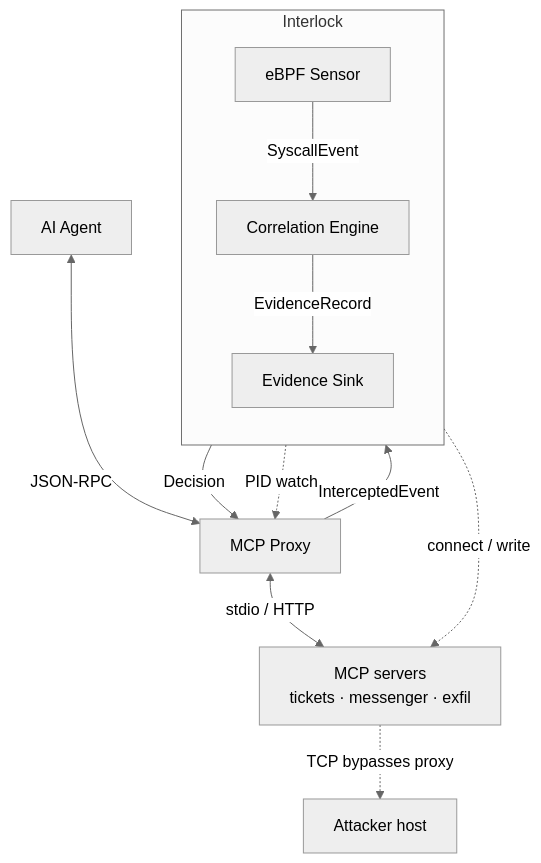
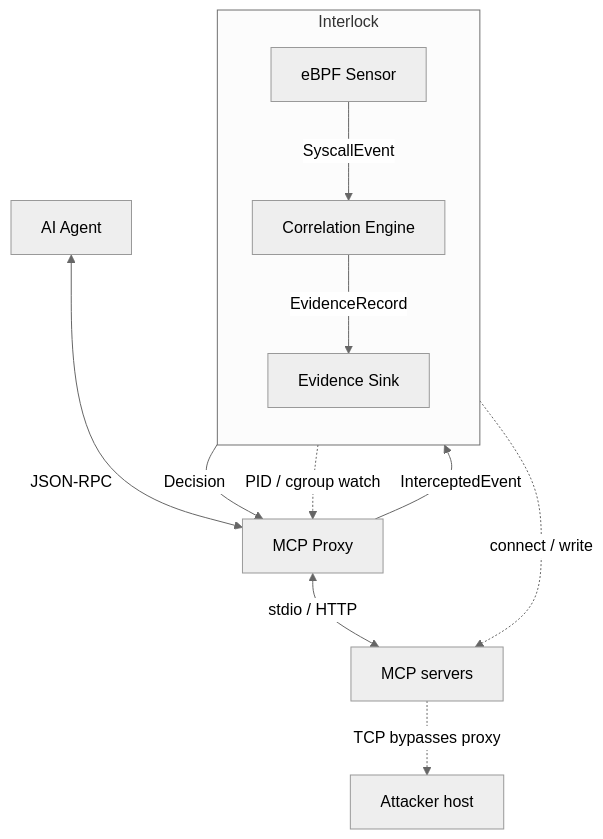
The diagram in README.md (yxshwanth/Interlock), drawn with Mermaid (neutral theme) before and after one commit. The commit also changed other lines of this file and 6 other files, not shown here.

````diff
--- a/README.md
+++ b/README.md
@@ -41,25 +60,25 @@
 ```mermaid
 flowchart TB
     Agent[AI Agent]
     Proxy[MCP Proxy]
-    Servers["MCP servers<br/>tickets · messenger · exfil"]
+    Servers["MCP servers"]
 
     subgraph tcb [Interlock]
         direction TB
         Engine[Correlation Engine]
         Ebpf[eBPF Sensor]
         Sink[Evidence Sink]
     end
 
     Attacker[Attacker host]
 
     Agent <-->|JSON-RPC| Proxy
     Proxy <-->|stdio / HTTP| Servers
     Proxy -->|InterceptedEvent| Engine
     Ebpf -->|SyscallEvent| Engine
     Engine -->|Decision| Proxy
     Engine -->|EvidenceRecord| Sink
-    Ebpf -.->|PID watch| Proxy
+    Ebpf -.->|PID / cgroup watch| Proxy
     Ebpf -.->|connect / write| Servers
     Servers -.->|TCP bypasses proxy| Attacker
 ```
````
